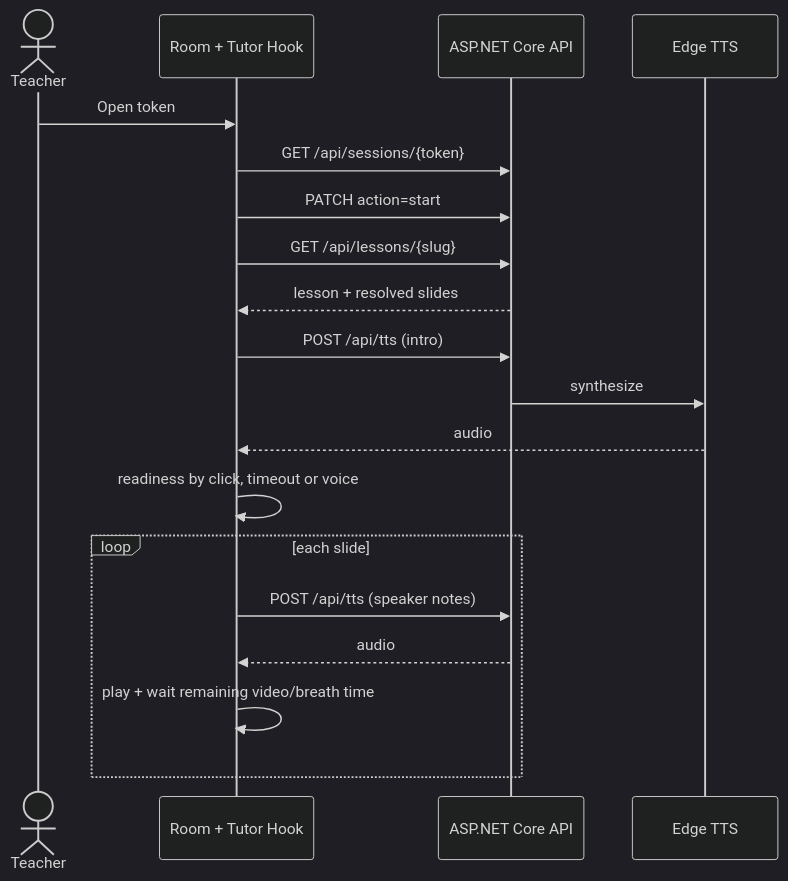
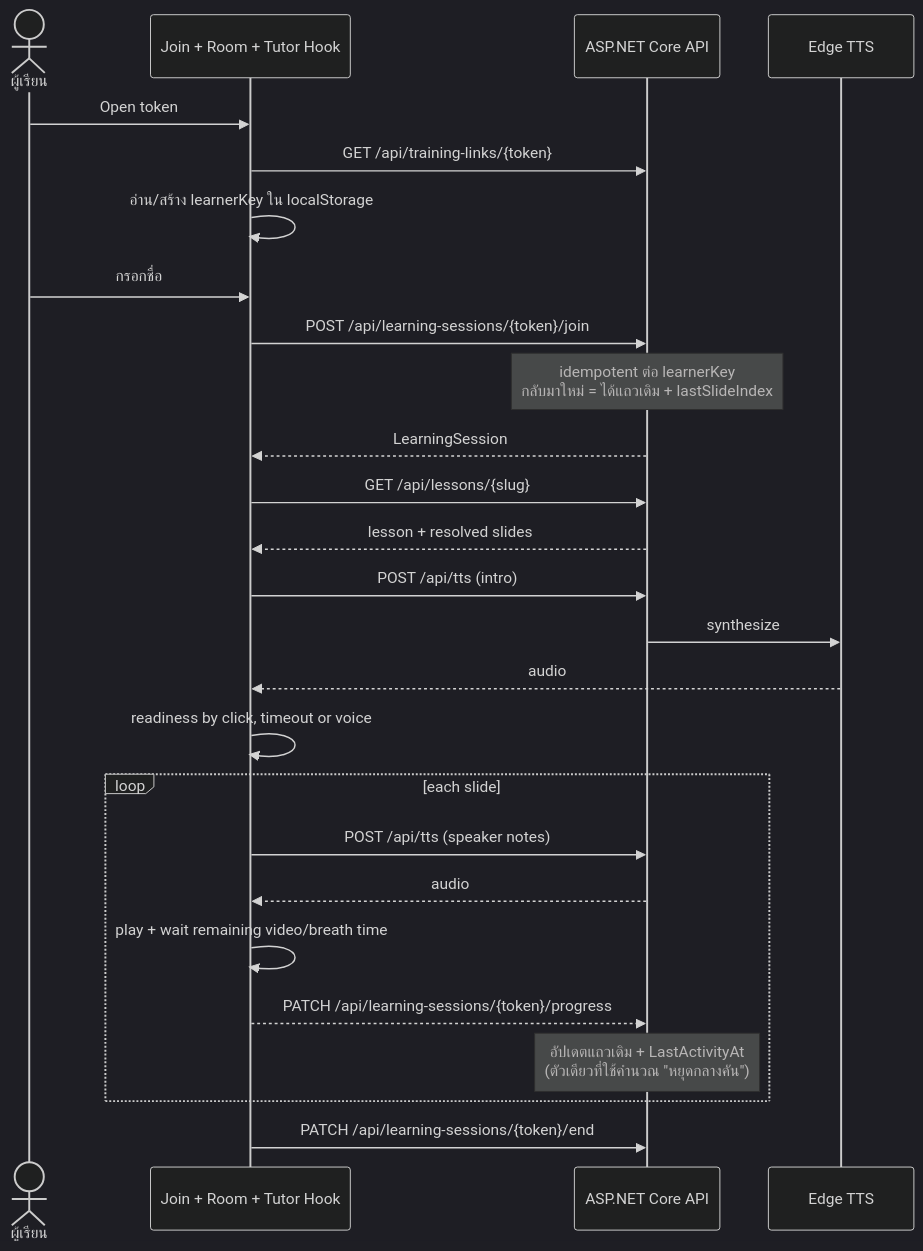
Before and after one commit to Sathaporn24/sb_supportroom: the second of 5 diagrams in frontend/docs/SEQUENCE_DIAGRAMS.md, drawn with Mermaid (dark theme). The commit also changed other lines of this file and 93 other files, not shown here.

````diff
--- a/frontend/docs/SEQUENCE_DIAGRAMS.md
+++ b/frontend/docs/SEQUENCE_DIAGRAMS.md
@@ -28,22 +30,29 @@
 ```mermaid
 sequenceDiagram
-    actor Teacher
-    participant FE as Room + Tutor Hook
+    actor Learner as ผู้เรียน
+    participant FE as Join + Room + Tutor Hook
     participant API as ASP.NET Core API
     participant TTS as Edge TTS
 
-    Teacher->>FE: Open token
-    FE->>API: GET /api/sessions/{token}
-    FE->>API: PATCH action=start
+    Learner->>FE: Open token
+    FE->>API: GET /api/training-links/{token}
+    FE->>FE: อ่าน/สร้าง learnerKey ใน localStorage
+    Learner->>FE: กรอกชื่อ
+    FE->>API: POST /api/learning-sessions/{token}/join
+    Note over API: idempotent ต่อ learnerKey<br/>กลับมาใหม่ = ได้แถวเดิม + lastSlideIndex
+    API-->>FE: LearningSession
     FE->>API: GET /api/lessons/{slug}
     API-->>FE: lesson + resolved slides
     FE->>API: POST /api/tts (intro)
     API->>TTS: synthesize
     TTS-->>FE: audio
     FE->>FE: readiness by click, timeout or voice
     loop each slide
         FE->>API: POST /api/tts (speaker notes)
         API-->>FE: audio
         FE->>FE: play + wait remaining video/breath time
+        FE-->>API: PATCH /api/learning-sessions/{token}/progress
+        Note over API: อัปเดตแถวเดิม + LastActivityAt<br/>(ตัวเดียวที่ใช้คำนวณ "หยุดกลางคัน")
     end
+    FE->>API: PATCH /api/learning-sessions/{token}/end
 ```
````
